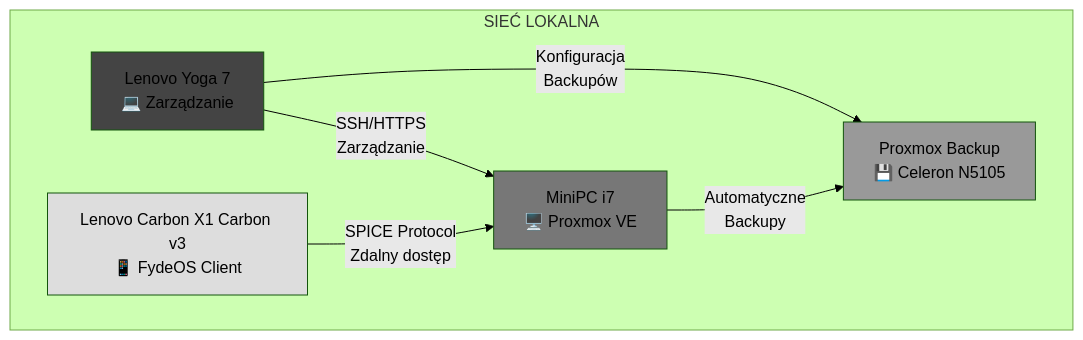
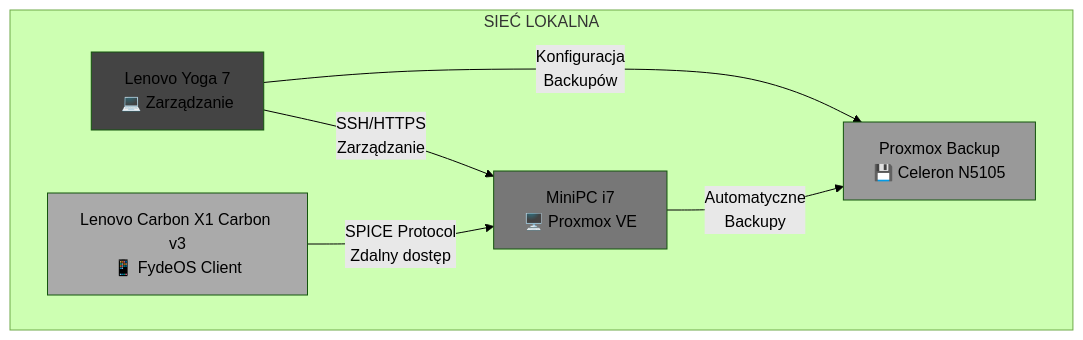
Before and after one commit to tom-sapletta-com/proxmox: the first of 4 diagrams in README.md, drawn with Mermaid (forest theme). The commit also changed other lines of this file, not shown here.

````diff
--- a/README.md
+++ b/README.md
@@ -19,19 +19,19 @@
 ```mermaid
 graph TB
     subgraph "SIEĆ LOKALNA"
         A[Lenovo Yoga 7<br/>💻 Zarządzanie] 
         B[MiniPC i7<br/>🖥️ Proxmox VE]
         C[Proxmox Backup<br/>💾 Celeron N5105]
         D[Lenovo Carbon X1 Carbon v3<br/>📱 FydeOS Client]
     end
     
     A -->|SSH/HTTPS<br/>Zarządzanie| B
     A -->|Konfiguracja<br/>Backupów| C
     B -->|Automatyczne<br/>Backupy| C
     D -->|SPICE Protocol<br/>Zdalny dostęp| B
     
     style A fill:#444444
     style B fill:#777777
     style C fill:#999999
-    style D fill:#dddddd
+    style D fill:#aaaaaa
 ```
````
